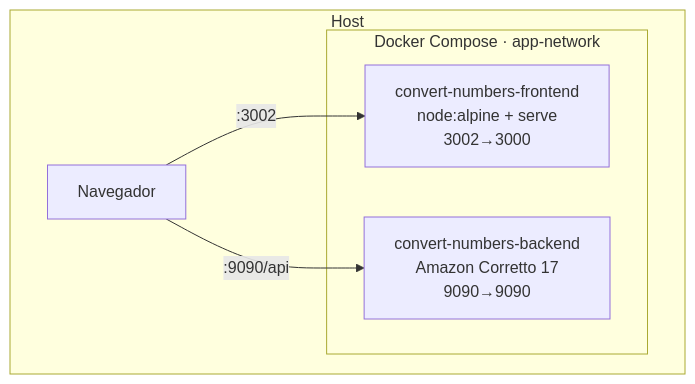
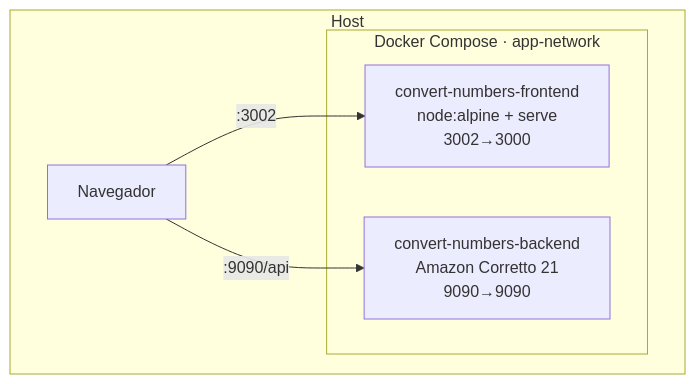
The second of 5 diagrams in README.md (programming0026/numbers-converter), drawn with Mermaid before and after one commit. The commit also changed other lines of this file and 35 other files, not shown here.

````diff
--- a/README.md
+++ b/README.md
@@ -93,12 +93,12 @@
 ```mermaid
 flowchart TB
     subgraph Host
         B[Navegador]
         subgraph Docker["Docker Compose · app-network"]
             C1["convert-numbers-frontend<br/>node:alpine + serve<br/>3002→3000"]
-            C2["convert-numbers-backend<br/>Amazon Corretto 17<br/>9090→9090"]
+            C2["convert-numbers-backend<br/>Amazon Corretto 21<br/>9090→9090"]
         end
     end
     B -->|":3002"| C1
     B -->|":9090/api"| C2
 ```
````
